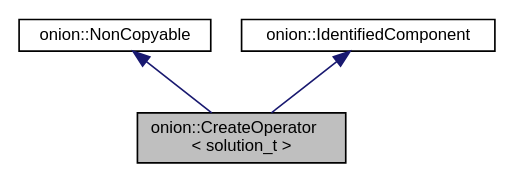
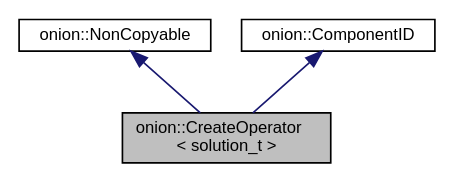
One commit to OnionFramework/OnionFramework.github.io changed the diagram in classonion_1_1_create_operator__inherit__graph.dot. Above: the diagram before and after it, drawn with Graphviz. The commit also changed 233 other files, not shown here.

```diff
--- a/classonion_1_1_create_operator__inherit__graph.dot
+++ b/classonion_1_1_create_operator__inherit__graph.dot
@@ -1,11 +1,11 @@
 digraph "onion::CreateOperator&lt; solution_t &gt;"
 {
  // LATEX_PDF_SIZE
   edge [fontname="Helvetica",fontsize="10",labelfontname="Helvetica",labelfontsize="10"];
   node [fontname="Helvetica",fontsize="10",shape=record];
-  Node1 [label="onion::CreateOperator\l\< solution_t \>",height=0.2,width=0.4,color="black", fillcolor="grey75", style="filled", fontcolor="black",tooltip="Defines the interface of the Create Operator."];
+  Node1 [label="onion::CreateOperator\l\< solution_t \>",height=0.2,width=0.4,color="black", fillcolor="grey75", style="filled", fontcolor="black",tooltip="Abstract Data Type that defines the CreateOperator component."];
   Node2 -> Node1 [dir="back",color="midnightblue",fontsize="10",style="solid",fontname="Helvetica"];
   Node2 [label="onion::NonCopyable",height=0.2,width=0.4,color="black", fillcolor="white", style="filled",URL="$classonion_1_1_non_copyable.html",tooltip="Class to make other classes non-copyable."];
   Node3 -> Node1 [dir="back",color="midnightblue",fontsize="10",style="solid",fontname="Helvetica"];
-  Node3 [label="onion::IdentifiedComponent",height=0.2,width=0.4,color="black", fillcolor="white", style="filled",URL="$classonion_1_1_identified_component.html",tooltip="Onion components derive from this class in order to add identification functionality."];
+  Node3 [label="onion::ComponentID",height=0.2,width=0.4,color="black", fillcolor="white", style="filled",URL="$classonion_1_1_component_i_d.html",tooltip="Base class used to identify concrete implementations of the Onion basic components."];
 }
```
